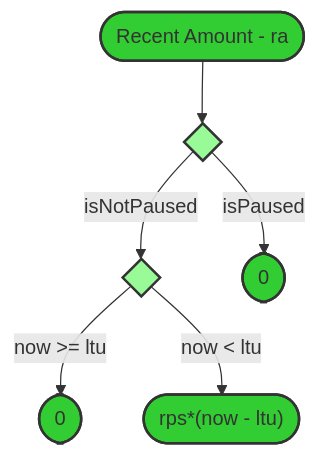
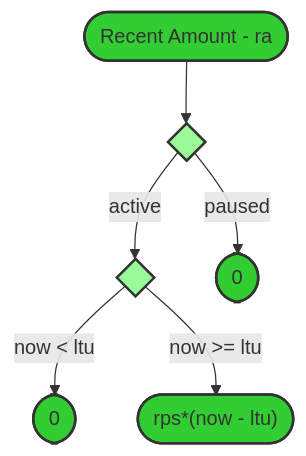
The tenth of 13 diagrams in diagrams.md (sablier-labs/flow), drawn with Mermaid before and after one commit. The commit also changed other lines of this file, not shown here.

Commit message:
docs: add transition diagrams

````diff
--- a/diagrams.md
+++ b/diagrams.md
@@ -94,18 +225,18 @@
 ```mermaid
 flowchart TD
 rca([Recent Amount - ra]):::green1
 di0{ }:::green0
 di1{ }:::green0
 res_00([0 ]):::green1
 res_01([0 ]):::green1
 res_rca(["rps*(now - ltu)"]):::green1
 
 rca --> di0
-di0 -- "isNotPaused" --> di1
-di0 -- "isPaused" --> res_00
-di1 -- "now >= ltu" --> res_01
-di1 -- "now < ltu" --> res_rca
+di0 -- "active" --> di1
+di0 -- "paused" --> res_00
+di1 -- "now < ltu" --> res_01
+di1 -- "now >= ltu" --> res_rca
 
 classDef green0 fill:#98FB98,stroke:#333,stroke-width:2px;
 classDef green1 fill:#32cd32,stroke:#333,stroke-width:2px;
 ```
````
